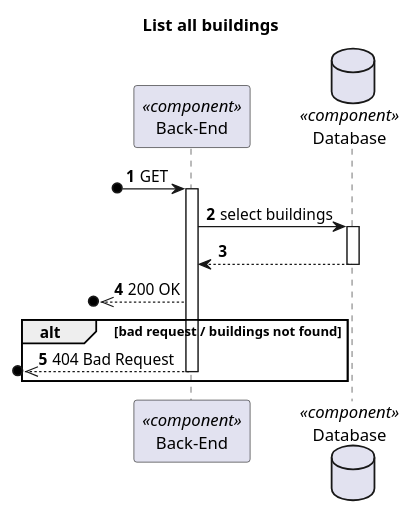
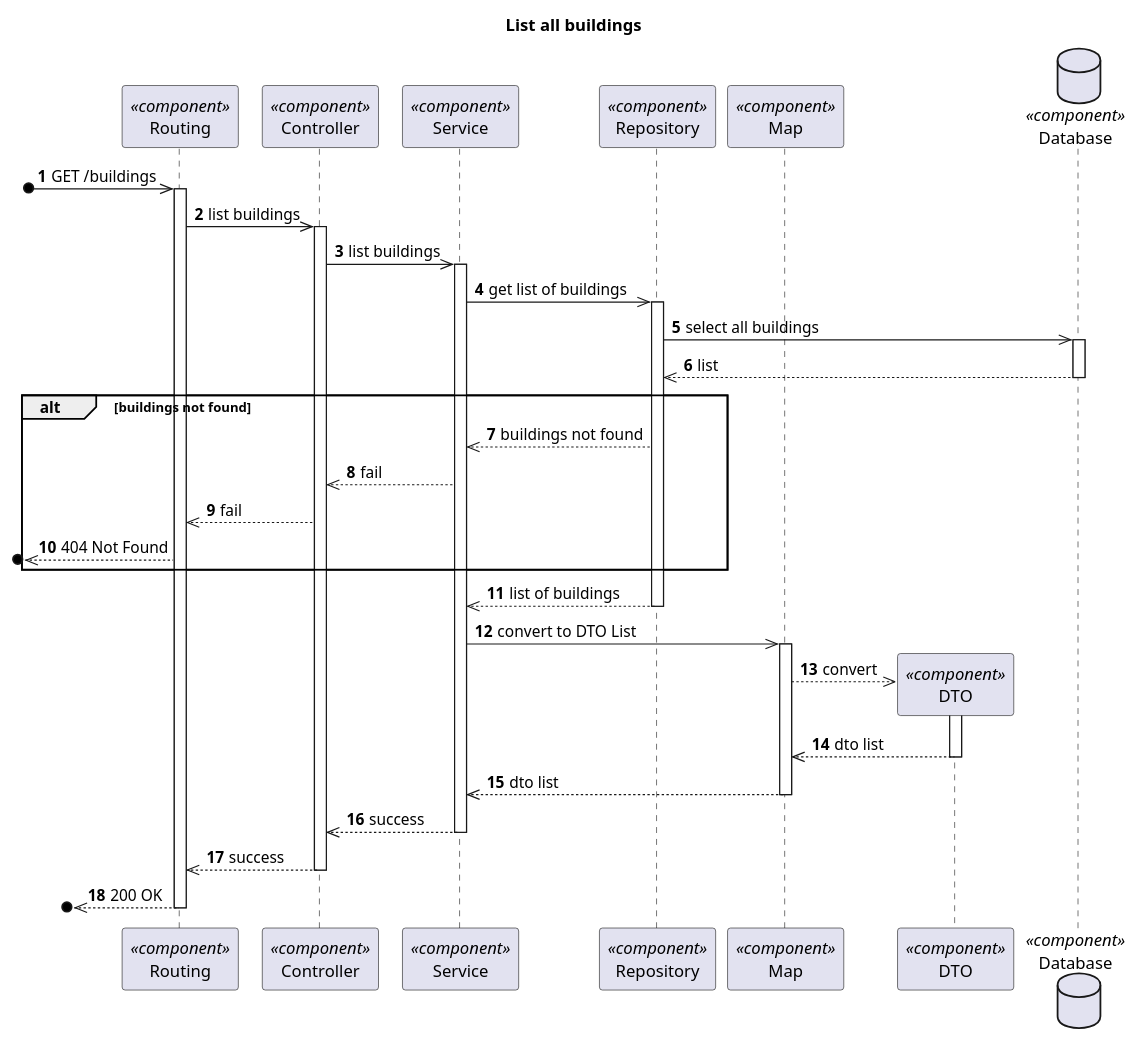
The diagram in docs/Vista Processo/US170/ProcessView_Level3_US170.puml (1210910/lapr5), drawn with PlantUML before and after one commit. The commit also changed 14 other files, not shown here.

Commit message:
Update Level 3 Process Diagrams

```diff
--- a/docs/Vista Processo/US170/ProcessView_Level3_US170.puml
+++ b/docs/Vista Processo/US170/ProcessView_Level3_US170.puml
@@ -1,29 +1,63 @@
 @startuml Process View - Level 3
 
 autonumber
 skinparam packageStyle rect
 
 title List all buildings
 
-participant "Back-End" as BE <<component>>
-database "Database" as DB <<component>>
+participant "Routing" as routing <<component>>
+participant "Controller" as controller <<component>>
+participant "Service" as service <<component>>
+participant "Repository" as passagewayrepo <<component>>
+participant "Map" as map <<component>>
+participant "DTO" as dto <<component>>
+database "Database" as db <<component>>
 
-?o-> BE : GET
+?o->> routing : GET /buildings
+activate routing
+routing ->> controller : list buildings
 
-activate BE
+activate controller
+controller ->> service : list buildings
 
-BE -> DB : select buildings
-activate DB
-DB --> BE
-deactivate DB
+activate service
+service ->> passagewayrepo : get list of buildings
 
+activate passagewayrepo
+passagewayrepo ->> db : select all buildings
+activate db
+db -->> passagewayrepo : list
+deactivate db
 
+alt buildings not found
+    passagewayrepo -->> service : buildings not found
+    service -->> controller : fail
+    controller -->> routing : fail
+    ?o<<-- routing : 404 Not Found
+end alt
 
-?o<<-- BE : 200 OK
+passagewayrepo -->> service : list of buildings
+deactivate passagewayrepo
 
-alt bad request / buildings not found
-?o<<-- BE : 404 Bad Request
-deactivate BE
-end
+service ->> map : convert to DTO List
+activate map
+
+map -->> dto** : convert
+activate dto
+
+dto -->> map : dto list
+deactivate dto
+
+map -->> service : dto list
+deactivate map
+
+service -->> controller : success
+deactivate service
+
+controller -->> routing : success
+deactivate controller
+
+?o<<-- routing : 200 OK
+deactivate routing
 
 @enduml
```
